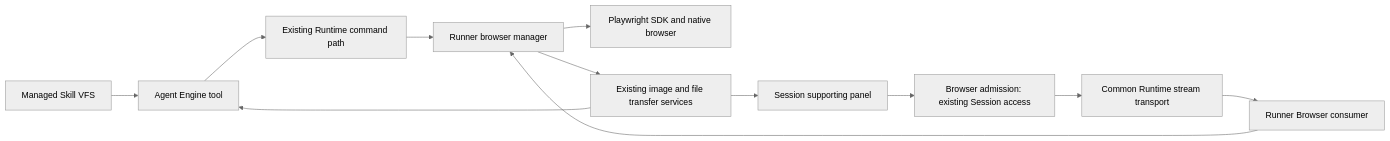
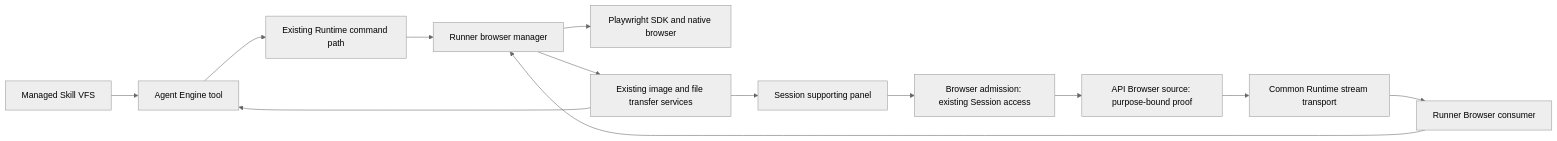
Before and after one commit to azents/azents: the diagram in docs/azents/design/browsercmd-261014-session-browser.md, drawn with Mermaid (neutral theme). The commit also changed other lines of this file and 132 other files, not shown here.

````diff
--- a/docs/azents/design/browsercmd-261014-session-browser.md
+++ b/docs/azents/design/browsercmd-261014-session-browser.md
@@ -80,18 +85,19 @@
 ```mermaid
 flowchart LR
     E[Agent Engine tool]
     C[Existing Runtime command path]
     R[Runner browser manager]
     P[Playwright SDK and native browser]
     U[Session supporting panel]
     A[Browser admission: existing Session access]
+    I[API Browser source: purpose-bound proof]
     T[Common Runtime stream transport]
     B[Runner Browser consumer]
     F[Existing image and file transfer services]
     S[Managed Skill VFS]
     E --> C --> R --> P
-    U --> A --> T --> B --> R
+    U --> A --> I --> T --> B --> R
     R --> F --> E
     F --> U
     S --> E
 ```
````
